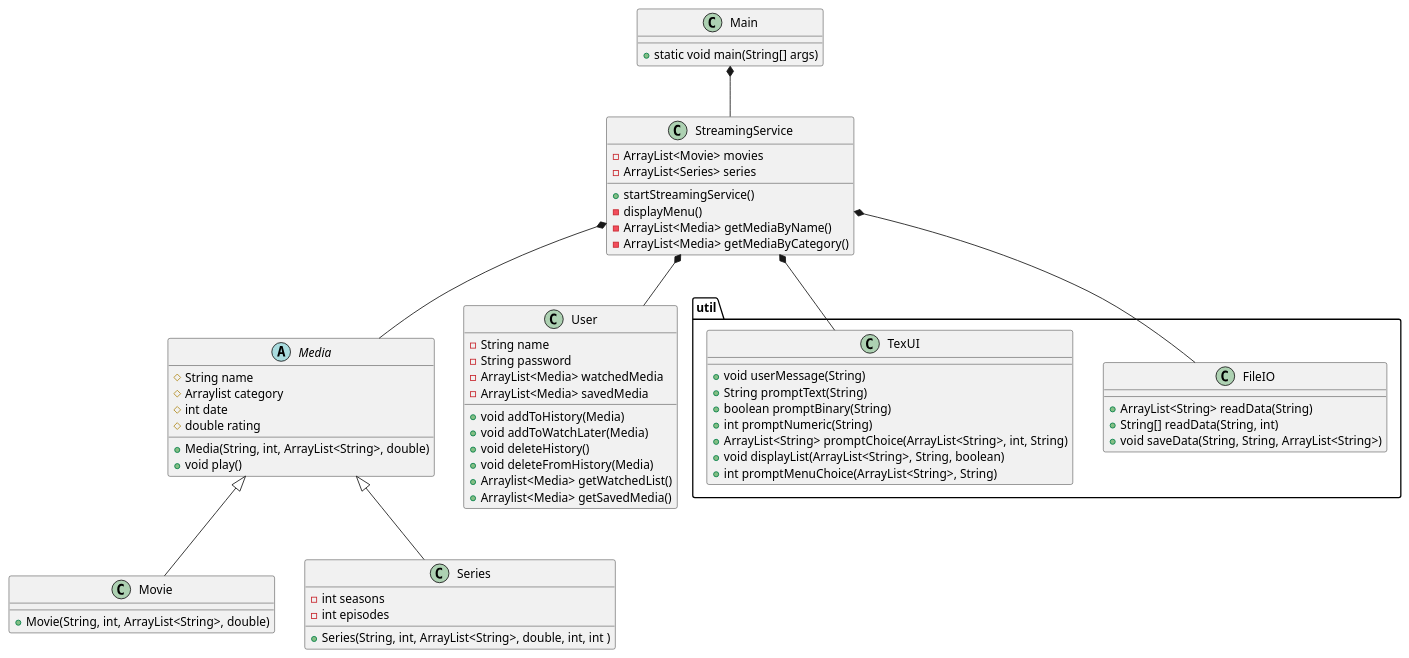
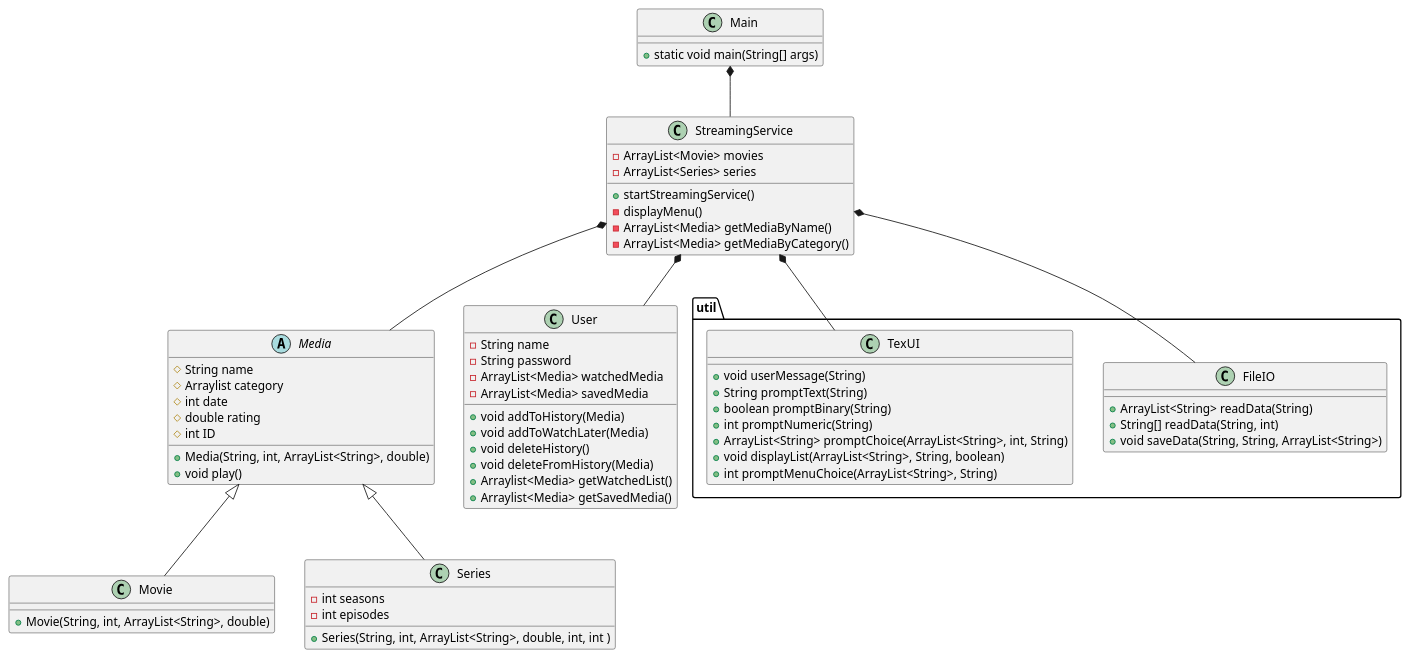
One commit to Studiegruppe-B/SP3-Streamingtjeneste changed the diagram in doc/static/classDiagram.puml. Above: the diagram before and after it, drawn with PlantUML.

Commit message:
tilføjet ID til clss diagram

```diff
--- a/doc/static/classDiagram.puml
+++ b/doc/static/classDiagram.puml
@@ -1,78 +1,79 @@
 @startuml
 class Main{
 + static void main(String[] args)
 
 }
 
 class StreamingService{
 - ArrayList<Movie> movies
 - ArrayList<Series> series
 + startStreamingService()
 - displayMenu()
 - ArrayList<Media> getMediaByName()
 - ArrayList<Media> getMediaByCategory()
 }
 
 
 
 
 abstract class Media{
 # String name
 # Arraylist category
 # int date
 # double rating
+# int ID
 + Media(String, int, ArrayList<String>, double)
 + void play()
 
 }
 
 class Movie{
 + Movie(String, int, ArrayList<String>, double)
 }
 
 class Series{
 + Series(String, int, ArrayList<String>, double, int, int )
 - int seasons
 - int episodes
 }
 
 class User{
 - String name
 - String password
 - ArrayList<Media> watchedMedia
 - ArrayList<Media> savedMedia
 + void addToHistory(Media)
 + void addToWatchLater(Media)
 + void deleteHistory()
 + void deleteFromHistory(Media)
 + Arraylist<Media> getWatchedList()
 + Arraylist<Media> getSavedMedia()
 }
 
 package "util"{
 static class FileIO{
 + ArrayList<String> readData(String)
 + String[] readData(String, int)
 + void saveData(String, String, ArrayList<String>)
 }
 
 static class TexUI{
 + void userMessage(String)
 + String promptText(String)
 + boolean promptBinary(String)
 + int promptNumeric(String)
 + ArrayList<String> promptChoice(ArrayList<String>, int, String)
 + void displayList(ArrayList<String>, String, boolean)
 + int promptMenuChoice(ArrayList<String>, String)
 
 }
 }
 
 Main *-- StreamingService
 StreamingService *-- Media
 StreamingService *-- FileIO
 StreamingService *-- TexUI
 StreamingService *-- User
 Media <|-- Movie
 Media <|-- Series
 @enduml
```
